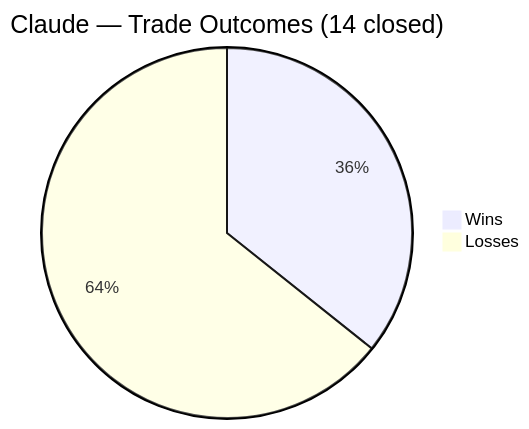
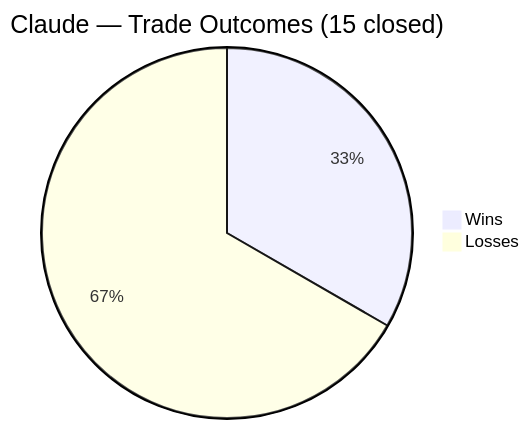
Before and after one commit to zachisit/ai-auto-buy-thesis: the third of 5 diagrams in README.md, drawn with Mermaid. The commit also changed other lines of this file and 2 other files, not shown here.

Commit message:
Update README and add session logs for 6/18 — SOFI closed -$13.20 (fastest exit, hawkish Fed killed rate-cut thesis Day 1); NCLH #2 Day 6 +$39.78 unrealized; deal SIGNED at Versailles; Fed hawkish 3.8% dot plot median; Rule 21 added (next-day buy stops for binary events)

````diff
--- a/README.md
+++ b/README.md
@@ -47,5 +47,5 @@
 ```mermaid
-pie title Claude — Trade Outcomes (14 closed)
+pie title Claude — Trade Outcomes (15 closed)
     "Wins" : 5
-    "Losses" : 9
+    "Losses" : 10
 ```
````
